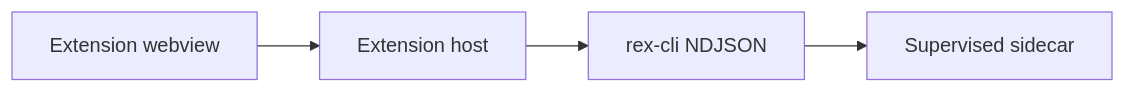
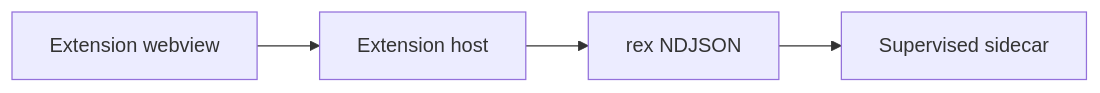
Before and after one commit to thsfranca/rex: the diagram in docs/EXTENSION_UX.md, drawn with Mermaid. The commit also changed other lines of this file and 27 other files, not shown here.

First line of the commit message:
docs: align operator and architecture docs with shipped state (#248)

````diff
--- a/docs/EXTENSION_UX.md
+++ b/docs/EXTENSION_UX.md
@@ -59,10 +59,10 @@
 ```mermaid
 flowchart LR
   Webview["Extension webview"]
   Host["Extension host"]
-  CLI["rex-cli NDJSON"]
+  CLI["rex NDJSON"]
   Sidecar["Supervised sidecar"]
   Webview --> Host
   Host --> CLI
   CLI --> Sidecar
 ```
````
